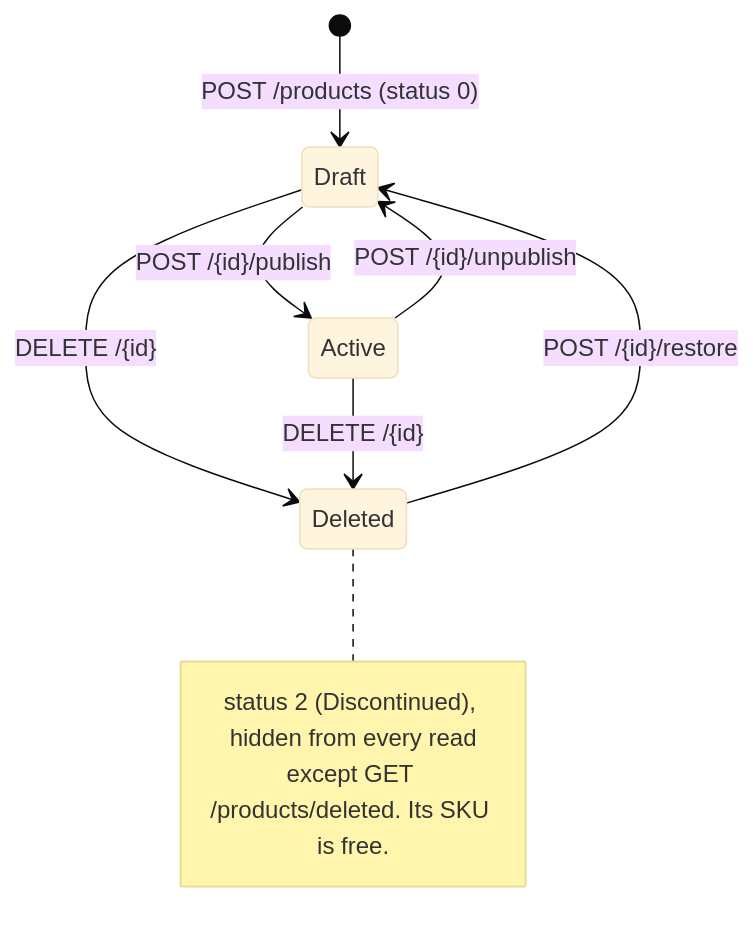
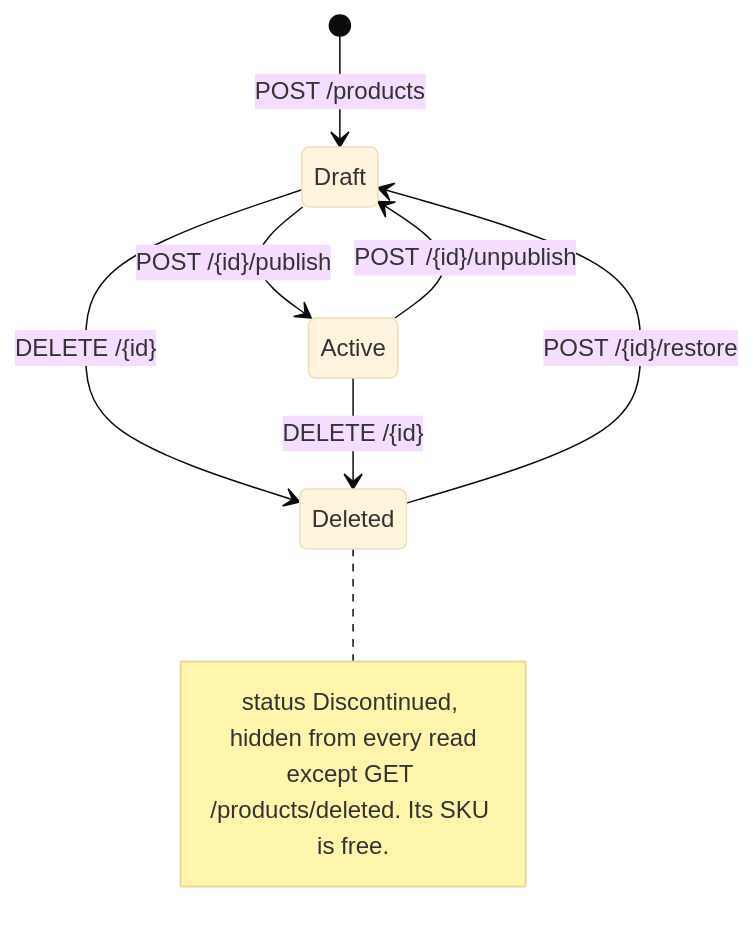
Before and after one commit to Granuch/EShop: the diagram in docs/01-overview/frontend/catalog.md, drawn with Mermaid (base theme). The commit also changed other lines of this file and 2 other files, not shown here.

````diff
--- a/docs/01-overview/frontend/catalog.md
+++ b/docs/01-overview/frontend/catalog.md
@@ -315,13 +316,13 @@
 ```mermaid
 stateDiagram-v2
-    [*] --> Draft: POST /products (status 0)
+    [*] --> Draft: POST /products
     Draft --> Active: POST /{id}/publish
     Active --> Draft: POST /{id}/unpublish
     Draft --> Deleted: DELETE /{id}
     Active --> Deleted: DELETE /{id}
     Deleted --> Draft: POST /{id}/restore
     note right of Deleted
-        status 2 (Discontinued), hidden from every read
+        status Discontinued, hidden from every read
         except GET /products/deleted. Its SKU is free.
     end note
 ```
````
